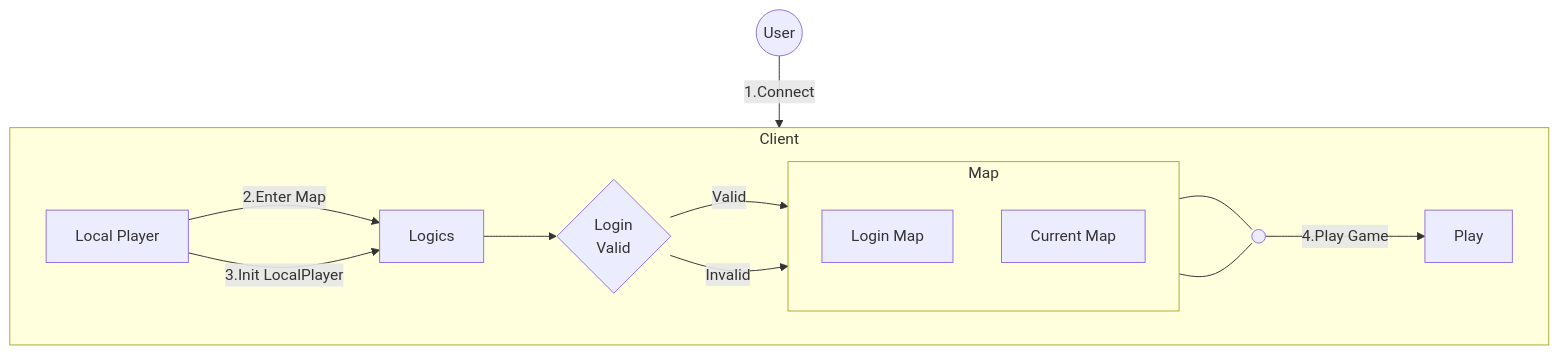
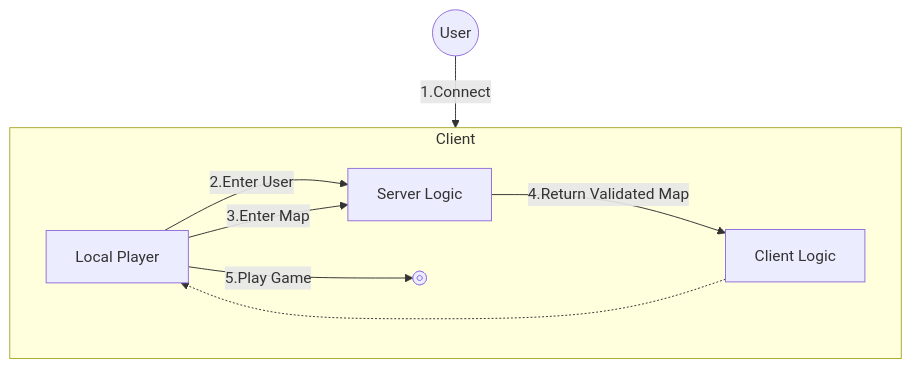
Before and after one commit to dek0058/MScannot206: the diagram in README.md, drawn with Mermaid. The commit also changed other lines of this file, not shown here.

Commit message:
메인 아키텍처 현재 코드 구조에 맞도록 수정

````diff
--- a/README.md
+++ b/README.md
@@ -29,36 +34,20 @@
 ```mermaid
 graph TD
     User@{ shape: circle, label: "User"}
 
     subgraph Client_Area [Client]
         direction LR
 
-        mergePoint@{ shape: sm-circ, label: " "}
-        Play@{ shape: rect, label: "Play"}
         LocalPlayer@{ shape: rect, label: "Local Player"}
-
-        subgraph Map_Area [Map]
-            direction TB
-            LoginMap@{ shape: rect, label: "Login Map"}
-            CurrentMap@{ shape: rect, label: "Current Map"}
-        end
-
-
-        Logics@{ shape: rect, label: "Logics"}
-        
-        Validate@{ shape: diamond, label: "Login<br>Valid"}
+        ClientLogic@{ shape: rect, label: "Client Logic"}
+        ServerLogic@{ shape: rect, label: "Server Logic"}
+        Play@{ shape: fr-circ, label: "Play"}
     end
 
-
     User-->|1.Connect|Client_Area
-    LocalPlayer-->|2.Enter Map|Logics
-    LocalPlayer-->|3.Init LocalPlayer|Logics
-    Logics-->Validate
-    Validate-->|Valid|CurrentMap
-    Validate-->|Invalid|LoginMap
-    CurrentMap---mergePoint
-    LoginMap---mergePoint
-    mergePoint-->|4.Play Game|Play
-    
-
+    LocalPlayer-->|2.Enter User|ServerLogic
+    LocalPlayer-->|3.Enter Map|ServerLogic
+    ServerLogic-->|4.Return Validated Map|ClientLogic
+    ClientLogic-.->LocalPlayer
+    LocalPlayer-->|5.Play Game|Play
 ```
````
